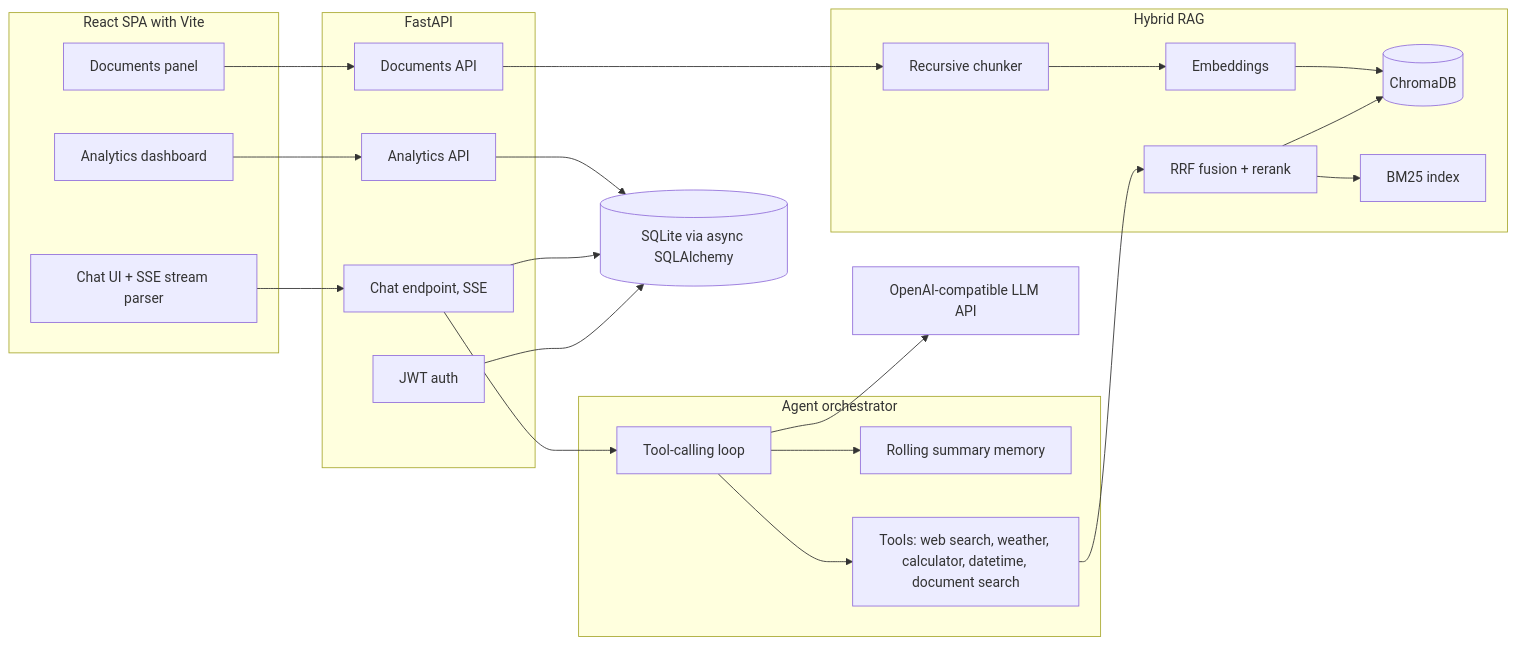
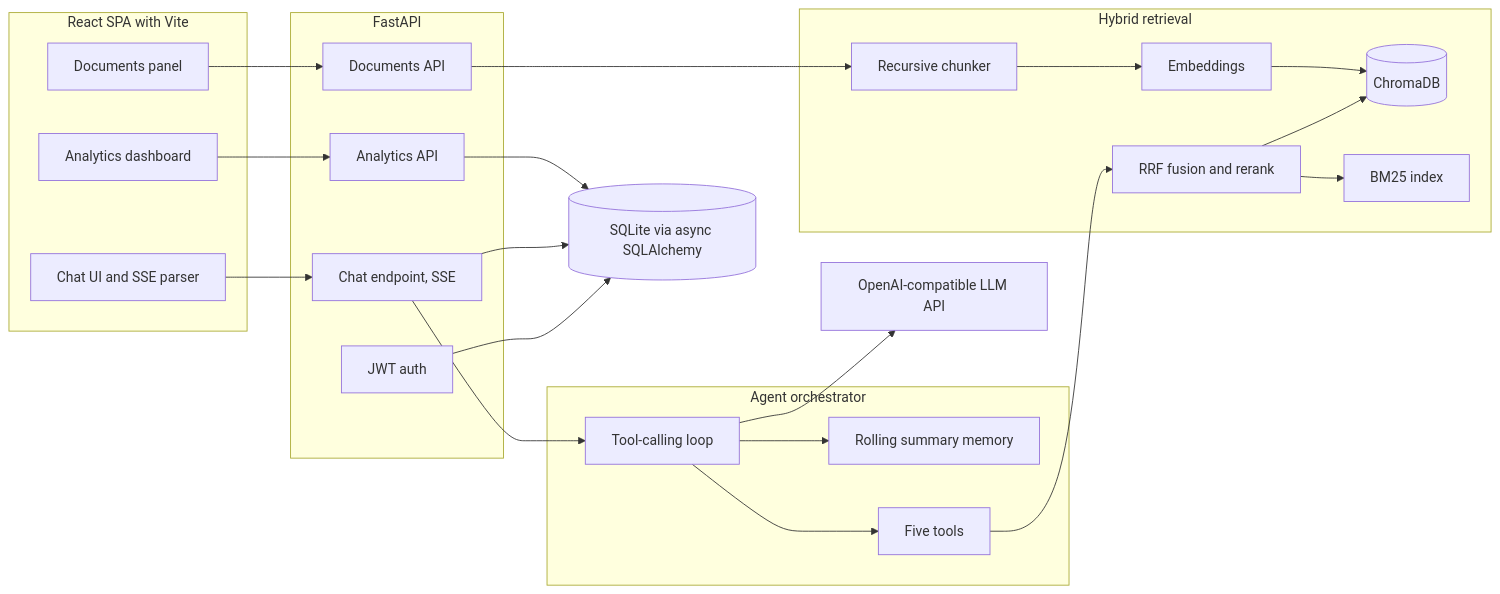
The diagram in README.md (adwitiyashukla/synapse), drawn with Mermaid before and after one commit. The commit also changed other lines of this file, not shown here.

````diff
--- a/README.md
+++ b/README.md
@@ -70,49 +107,49 @@
 ```mermaid
 flowchart LR
     subgraph CLIENT["React SPA with Vite"]
-        UI["Chat UI + SSE stream parser"]
+        UI["Chat UI and SSE parser"]
         DOCS["Documents panel"]
         DASH["Analytics dashboard"]
     end
 
     subgraph SERVER["FastAPI"]
         AUTH["JWT auth"]
         CHAT["Chat endpoint, SSE"]
         DOCAPI["Documents API"]
         ANALYTICS["Analytics API"]
     end
 
     subgraph AGENT["Agent orchestrator"]
         LOOP["Tool-calling loop"]
         MEM["Rolling summary memory"]
-        TOOLS["Tools: web search, weather, calculator, datetime, document search"]
+        TOOLS["Five tools"]
     end
 
-    subgraph RAG["Hybrid RAG"]
+    subgraph RAG["Hybrid retrieval"]
         SPLIT["Recursive chunker"]
         EMB["Embeddings"]
         CHROMA[("ChromaDB")]
         BM25["BM25 index"]
-        RRF["RRF fusion + rerank"]
+        RRF["RRF fusion and rerank"]
     end
 
     LLM["OpenAI-compatible LLM API"]
     DB[("SQLite via async SQLAlchemy")]
 
     UI --> CHAT
     DOCS --> DOCAPI
     DASH --> ANALYTICS
     CHAT --> LOOP
     LOOP --> TOOLS
     LOOP --> MEM
     LOOP --> LLM
     TOOLS --> RRF
     RRF --> CHROMA
     RRF --> BM25
     DOCAPI --> SPLIT
     SPLIT --> EMB
     EMB --> CHROMA
     AUTH --> DB
     CHAT --> DB
     ANALYTICS --> DB
 ```
````
